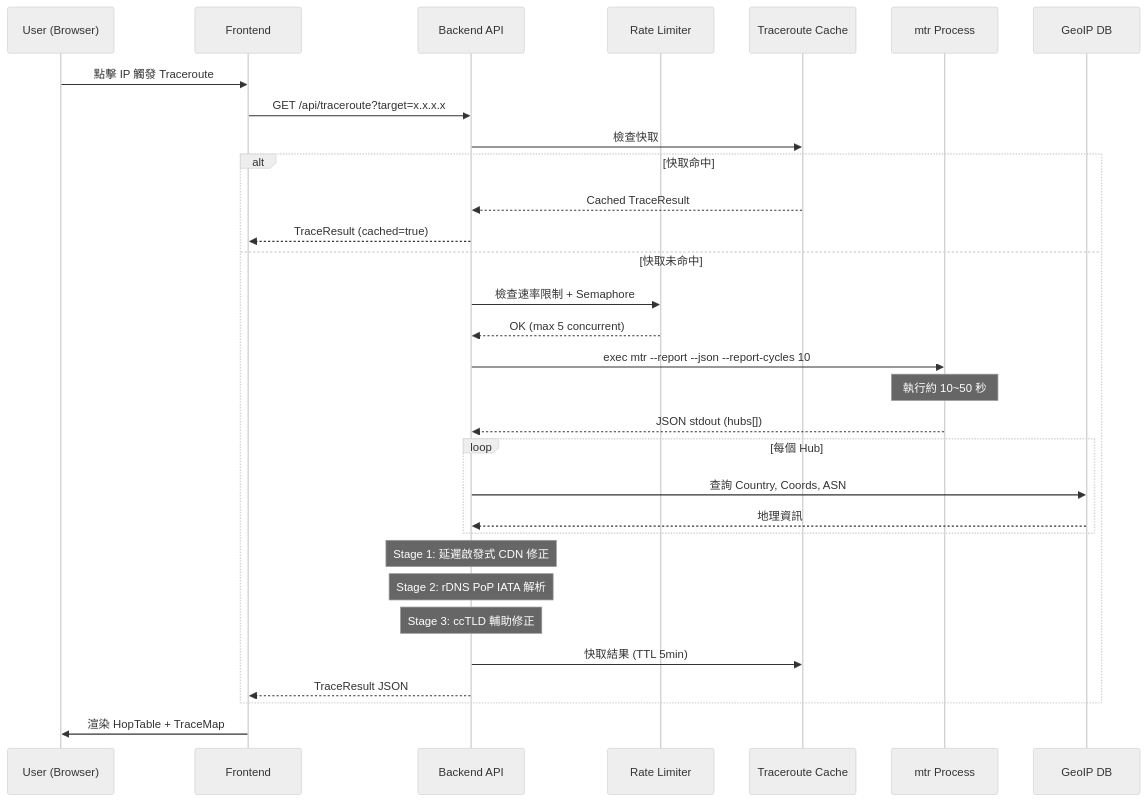
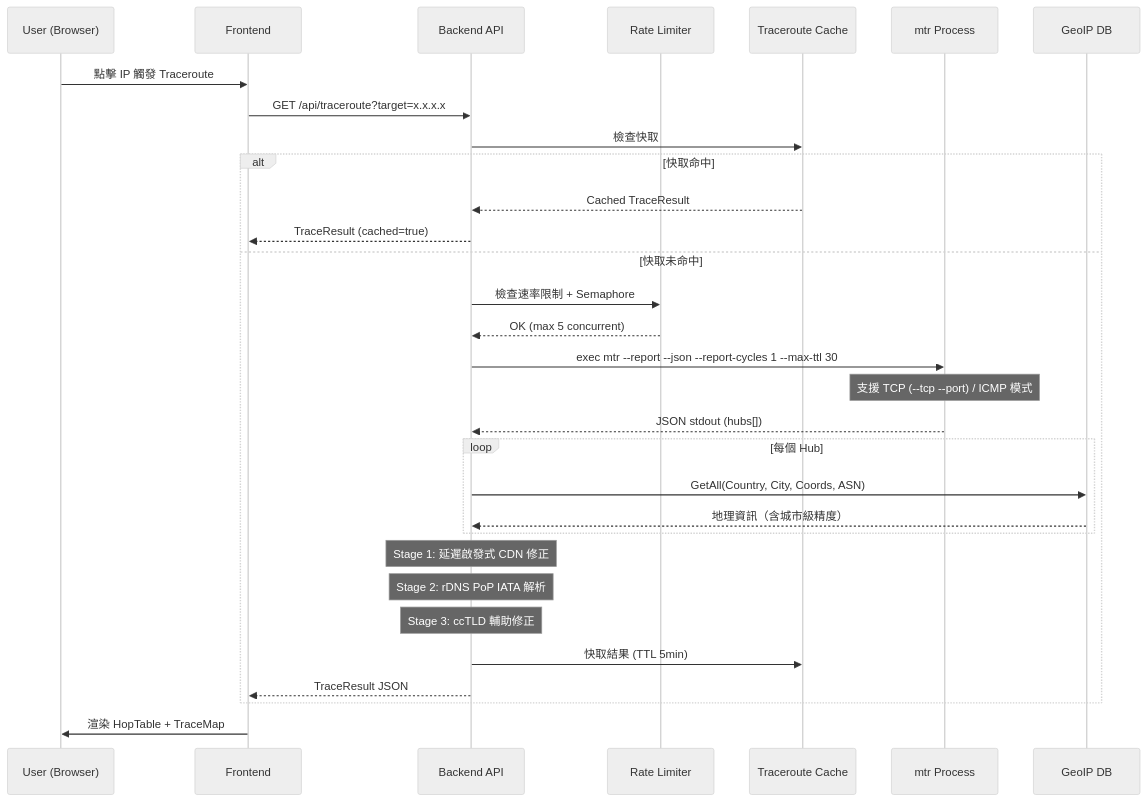
Before and after one commit to zeroflare/ocf-srrt: the third of 4 diagrams in doc/06_runtime_view.md, drawn with Mermaid (neutral theme). The commit also changed other lines of this file and 25 other files, not shown here.

````diff
--- a/doc/06_runtime_view.md
+++ b/doc/06_runtime_view.md
@@ -61,34 +61,34 @@
 ```mermaid
 sequenceDiagram
     participant U as User (Browser)
     participant FE as Frontend
     participant API as Backend API
     participant RL as Rate Limiter
     participant Cache as Traceroute Cache
     participant MTR as mtr Process
     participant GEO as GeoIP DB
 
     U->>FE: 點擊 IP 觸發 Traceroute
     FE->>API: GET /api/traceroute?target=x.x.x.x
     API->>Cache: 檢查快取
     alt 快取命中
         Cache-->>API: Cached TraceResult
         API-->>FE: TraceResult (cached=true)
     else 快取未命中
         API->>RL: 檢查速率限制 + Semaphore
         RL-->>API: OK (max 5 concurrent)
-        API->>MTR: exec mtr --report --json --report-cycles 10
-        Note over MTR: 執行約 10~50 秒
+        API->>MTR: exec mtr --report --json --report-cycles 1 --max-ttl 30
+        Note over MTR: 支援 TCP (--tcp --port) / ICMP 模式
         MTR-->>API: JSON stdout (hubs[])
         loop 每個 Hub
-            API->>GEO: 查詢 Country, Coords, ASN
-            GEO-->>API: 地理資訊
+            API->>GEO: GetAll(Country, City, Coords, ASN)
+            GEO-->>API: 地理資訊（含城市級精度）
         end
         Note over API: Stage 1: 延遲啟發式 CDN 修正
         Note over API: Stage 2: rDNS PoP IATA 解析
         Note over API: Stage 3: ccTLD 輔助修正
         API->>Cache: 快取結果 (TTL 5min)
         API-->>FE: TraceResult JSON
     end
     FE->>U: 渲染 HopTable + TraceMap
 ```
````
